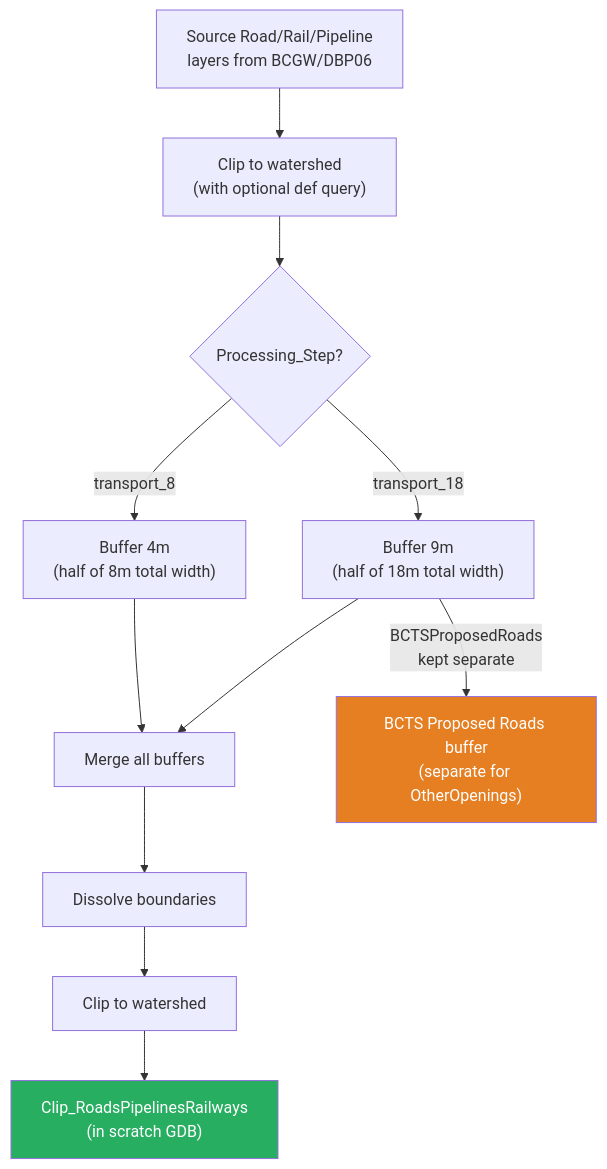
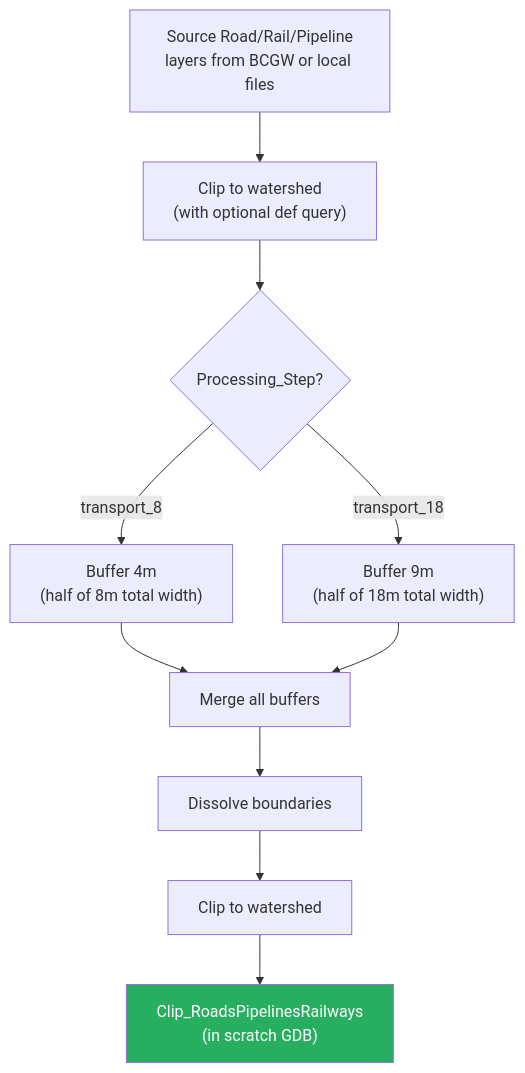
Before and after one commit to arkenmap-com/ECA: the eighth of 14 diagrams in README.md, drawn with Mermaid. The commit also changed other lines of this file and 71 other files, not shown here.

````diff
--- a/README.md
+++ b/README.md
@@ -641,17 +645,14 @@
 ```mermaid
 flowchart TD
-    SOURCE["Source Road/Rail/Pipeline<br/>layers from BCGW/DBP06"] --> CLIP["Clip to watershed<br/>(with optional def query)"]
+    SOURCE["Source Road/Rail/Pipeline<br/>layers from BCGW or local files"] --> CLIP["Clip to watershed<br/>(with optional def query)"]
     CLIP --> SORT{"Processing_Step?"}
     SORT -->|transport_8| BUF8["Buffer 4m<br/>(half of 8m total width)"]
     SORT -->|transport_18| BUF18["Buffer 9m<br/>(half of 18m total width)"]
     BUF8 --> MERGE["Merge all buffers"]
     BUF18 --> MERGE
     MERGE --> DISSOLVE["Dissolve boundaries"]
     DISSOLVE --> CLIPF["Clip to watershed"]
     CLIPF --> ROADS["Clip_RoadsPipelinesRailways<br/>(in scratch GDB)"]
 
-    BUF18 -->|"BCTSProposedRoads<br/>kept separate"| BCTS["BCTS Proposed Roads buffer<br/>(separate for OtherOpenings)"]
-
     style ROADS fill:#27ae60,color:#fff
-    style BCTS fill:#e67e22,color:#fff
 ```
````
